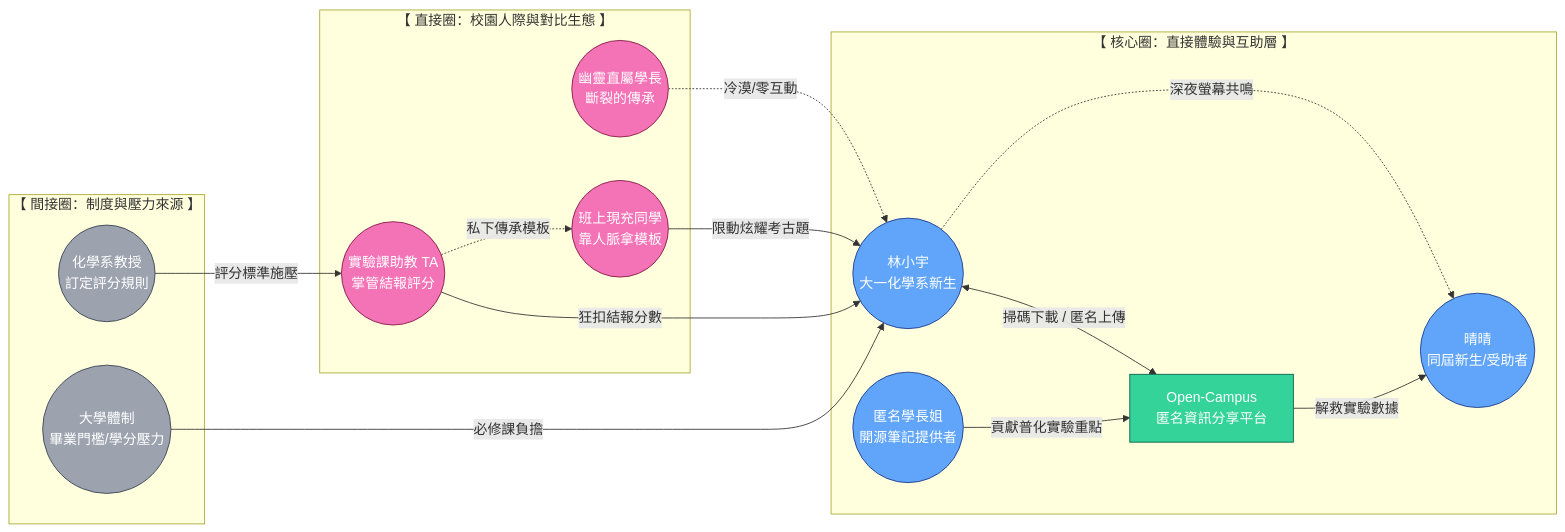
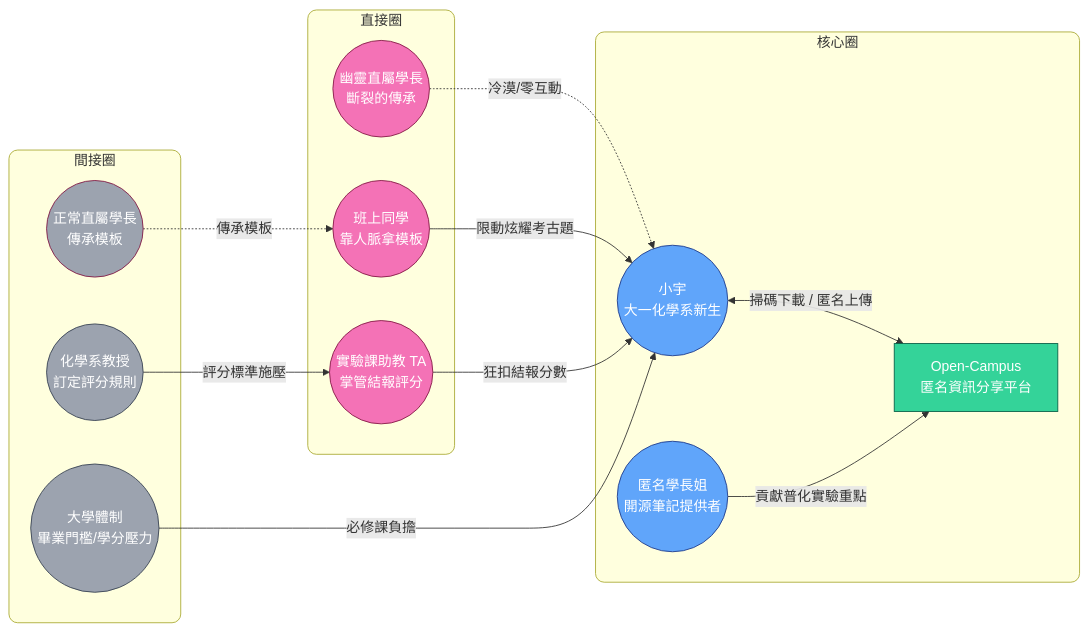
The first of 2 diagrams in slides.md (Clydinite/InfoSharingPlatform), drawn with Mermaid before and after one commit. The commit also changed other lines of this file, not shown here.

Commit message:
modified some content from 1-6

````diff
--- a/slides.md
+++ b/slides.md
@@ -176,41 +176,42 @@
 ```mermaid
 graph LR
-    subgraph Core [【 核心圈：直接體驗與互助層 】]
-        XY((林小宇<br>大一化學系新生))
-        QQ((晴晴<br>同屆新生/受助者))
+    subgraph Core [ 核心圈 ]
+        XY((小宇<br>大一化學系新生))
         ANON_SJ((匿名學長姐<br>開源筆記提供者))
         OC_PLAT[Open-Campus<br>匿名資訊分享平台]
     end
 
-    subgraph Direct [【 直接圈：校園人際與對比生態 】]
+    subgraph Direct [ 直接圈 ]
         TA((實驗課助教 TA<br>掌管結報評分))
         GHOST_SJ((幽靈直屬學長<br>斷裂的傳承))
-        XC_PEERS((班上現充同學<br>靠人脈拿模板))
+        XC_PEERS((班上同學<br>靠人脈拿模板))
     end
 
-    subgraph Indirect [【 間接圈：制度與壓力來源 】]
+    subgraph Indirect [ 間接圈 ]
+        NORM_XJ((正常直屬學長<br>傳承模板))
         PROF((化學系教授<br>訂定評分規則))
         SYS((大學體制<br>畢業門檻/學分壓力))
     end
 
     XY <-->|掃碼下載 / 匿名上傳| OC_PLAT
     ANON_SJ -->|貢獻普化實驗重點| OC_PLAT
-    OC_PLAT -->|解救實驗數據| QQ
-    XY -.->|深夜螢幕共鳴| QQ
     GHOST_SJ -.->|冷漠/零互動| XY
     XC_PEERS -->|限動炫耀考古題| XY
     TA -->|狂扣結報分數| XY
-    TA -.->|私下傳承模板| XC_PEERS
+    NORM_XJ -.->|傳承模板| XC_PEERS
     PROF -->|評分標準施壓| TA
     SYS -->|必修課負擔| XY
 
+    style Core rx:10px, ry:10px
+    style Direct rx:10px, ry:10px
+    style Indirect rx:10px, ry:10px
     style OC_PLAT fill:#34d399,stroke:#065f46,color:#fff
     style XY fill:#60a5fa,stroke:#1e3a8a,color:#fff
-    style QQ fill:#60a5fa,stroke:#1e3a8a,color:#fff
     style ANON_SJ fill:#60a5fa,stroke:#1e3a8a,color:#fff
     style TA fill:#f472b6,stroke:#831843,color:#fff
     style GHOST_SJ fill:#f472b6,stroke:#831843,color:#fff
+    style NORM_XJ fill:#9ca3af,stroke:#831843,color:#fff
     style XC_PEERS fill:#f472b6,stroke:#831843,color:#fff
     style PROF fill:#9ca3af,stroke:#374151,color:#fff
     style SYS fill:#9ca3af,stroke:#374151,color:#fff
 ```
````
